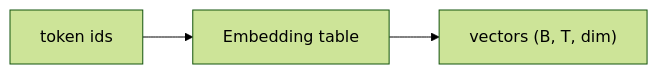
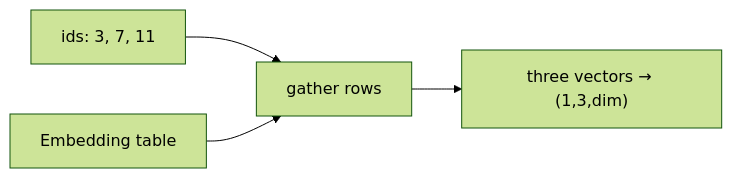
One commit to chaxus/arche changed the diagram in web/src/content/beginner/en/embedding.md. Above: the diagram before and after it, drawn with Mermaid (forest theme). The commit also changed other lines of this file and 7 other files, not shown here.

First line of the commit message:
Clarify embedding with a lookup-table story and page playground.

````diff
--- a/web/src/content/beginner/en/embedding.md
+++ b/web/src/content/beginner/en/embedding.md
@@ -11,5 +31,6 @@
 ```mermaid
 flowchart LR
-  ids[token ids] --> table[Embedding table]
-  table --> vecs["vectors (B, T, dim)"]
+  ids["ids: 3, 7, 11"] --> pick[gather rows]
+  table[Embedding table] --> pick
+  pick --> out["three vectors → (1,3,dim)"]
 ```
````
